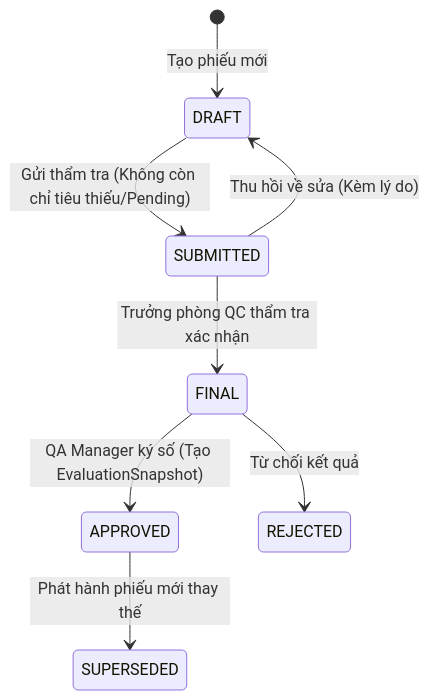
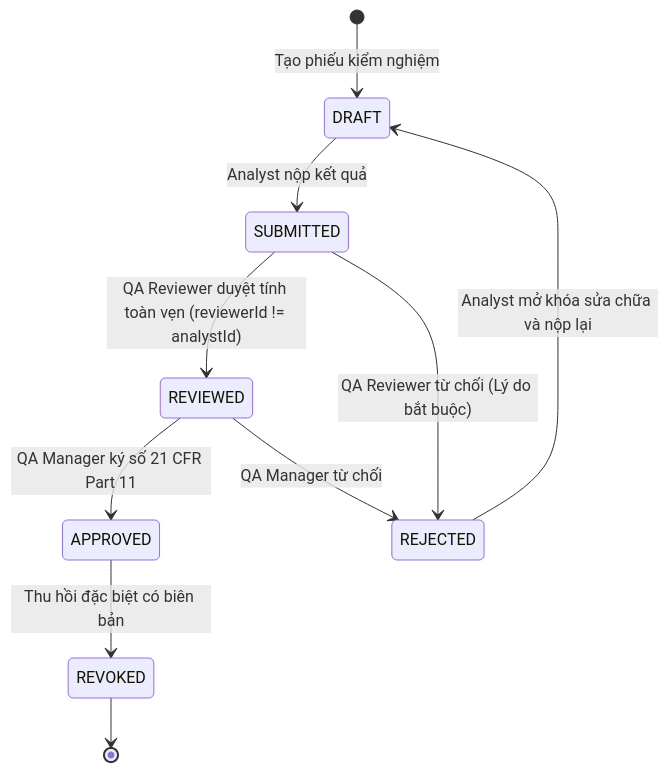
The second of 4 diagrams in docs/contracts/STATE_MACHINES.md (bacnam1994/PQM), drawn with Mermaid before and after one commit. The commit also changed other lines of this file and 62 other files, not shown here.

````diff
--- a/docs/contracts/STATE_MACHINES.md
+++ b/docs/contracts/STATE_MACHINES.md
@@ -87,10 +84,16 @@
 ```mermaid
 stateDiagram-v2
-    [*] --> DRAFT: Tạo phiếu mới
-    DRAFT --> SUBMITTED: Gửi thẩm tra (Không còn chỉ tiêu thiếu/Pending)
-    SUBMITTED --> DRAFT: Thu hồi về sửa (Kèm lý do)
-    SUBMITTED --> FINAL: Trưởng phòng QC thẩm tra xác nhận
-    FINAL --> APPROVED: QA Manager ký số (Tạo EvaluationSnapshot)
-    FINAL --> REJECTED: Từ chối kết quả
-    APPROVED --> SUPERSEDED: Phát hành phiếu mới thay thế
+    [*] --> DRAFT: Tạo phiếu kiểm nghiệm
+    DRAFT --> SUBMITTED: Analyst nộp kết quả
+
+    SUBMITTED --> REVIEWED: QA Reviewer duyệt tính toàn vẹn (reviewerId != analystId)
+    SUBMITTED --> REJECTED: QA Reviewer từ chối (Lý do bắt buộc)
+
+    REVIEWED --> APPROVED: QA Manager ký số 21 CFR Part 11
+    REVIEWED --> REJECTED: QA Manager từ chối
+
+    REJECTED --> DRAFT: Analyst mở khóa sửa chữa và nộp lại
+
+    APPROVED --> REVOKED: Thu hồi đặc biệt có biên bản
+    REVOKED --> [*]
 ```
````
